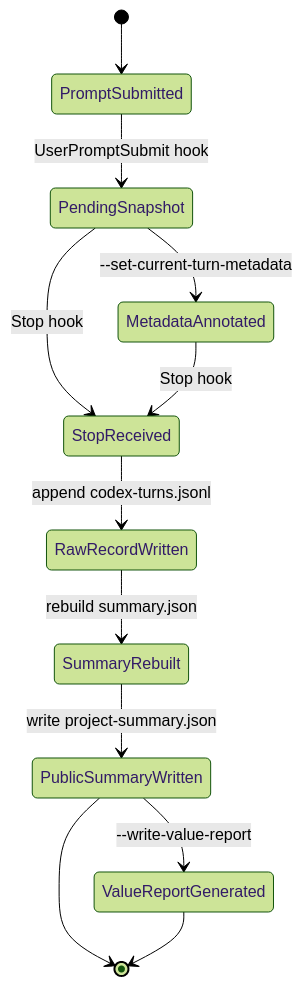
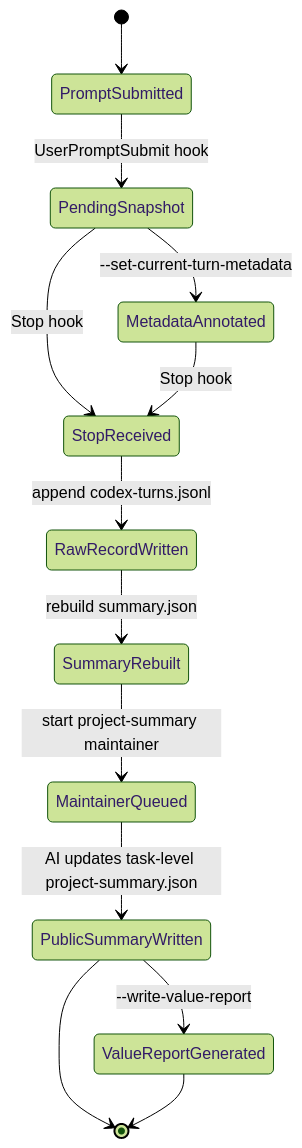
One commit to netlayer-team/agent-handoff-metrics-bootstrap changed the fourth of 6 diagrams in docs/design_zh.md. Above: the diagram before and after it, drawn with Mermaid (forest theme). The commit also changed other lines of this file and 6 other files, not shown here.

Commit message:
feat(metrics): add task-level value summary maintainer

````diff
--- a/docs/design_zh.md
+++ b/docs/design_zh.md
@@ -129,14 +140,15 @@
 ```mermaid
 stateDiagram-v2
   [*] --> PromptSubmitted
   PromptSubmitted --> PendingSnapshot: UserPromptSubmit hook
   PendingSnapshot --> MetadataAnnotated: --set-current-turn-metadata
   PendingSnapshot --> StopReceived: Stop hook
   MetadataAnnotated --> StopReceived: Stop hook
   StopReceived --> RawRecordWritten: append codex-turns.jsonl
   RawRecordWritten --> SummaryRebuilt: rebuild summary.json
-  SummaryRebuilt --> PublicSummaryWritten: write project-summary.json
+  SummaryRebuilt --> MaintainerQueued: start project-summary maintainer
+  MaintainerQueued --> PublicSummaryWritten: AI updates task-level project-summary.json
   PublicSummaryWritten --> ValueReportGenerated: --write-value-report
   PublicSummaryWritten --> [*]
   ValueReportGenerated --> [*]
 ```
````
